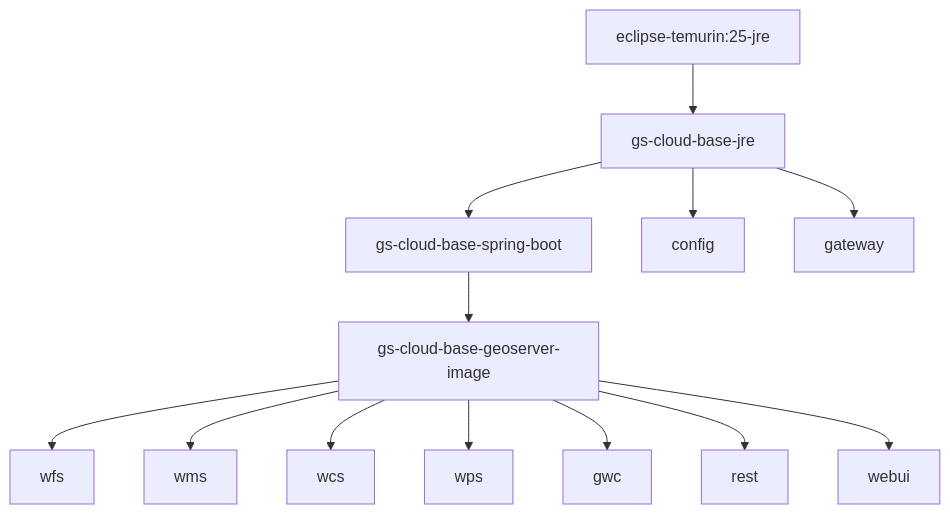
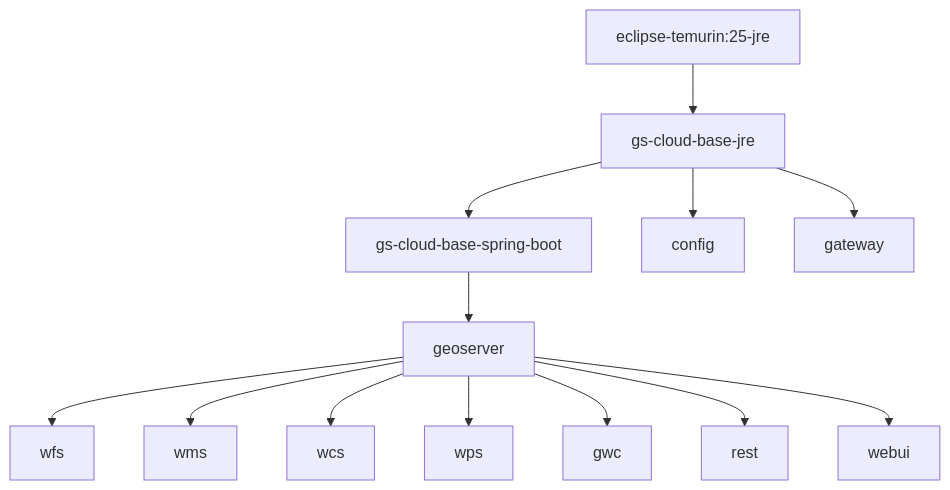
One commit to geoserver/geoserver-cloud changed the diagram in docs/src/developer-guide/docker-images.md. Above: the diagram before and after it, drawn with Mermaid. The commit also changed other lines of this file and 285 other files, not shown here.

````diff
--- a/docs/src/developer-guide/docker-images.md
+++ b/docs/src/developer-guide/docker-images.md
@@ -9,15 +9,15 @@
 ```mermaid
 graph TD
     A[eclipse-temurin:25-jre] --> B[gs-cloud-base-jre]
     B --> C[gs-cloud-base-spring-boot]
-    C --> D[gs-cloud-base-geoserver-image]
+    C --> D[geoserver]
     D --> E[wfs]
     D --> F[wms]
     D --> G[wcs]
     D --> H[wps]
     D --> I[gwc]
     D --> J[rest]
     D --> K[webui]
     B --> L[config]
     B --> N[gateway]
 ```
````
